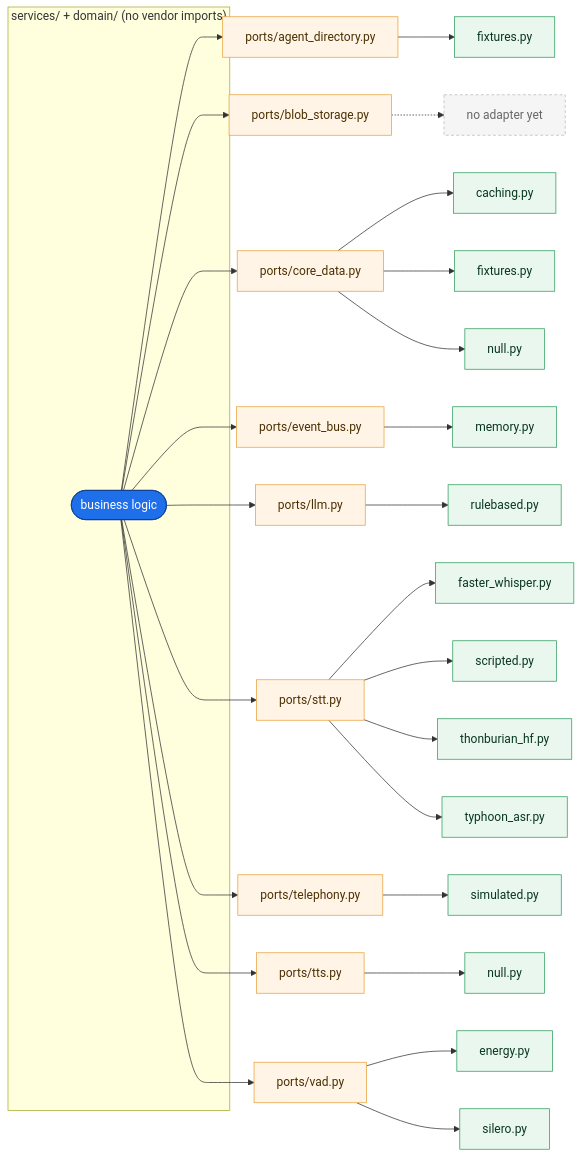
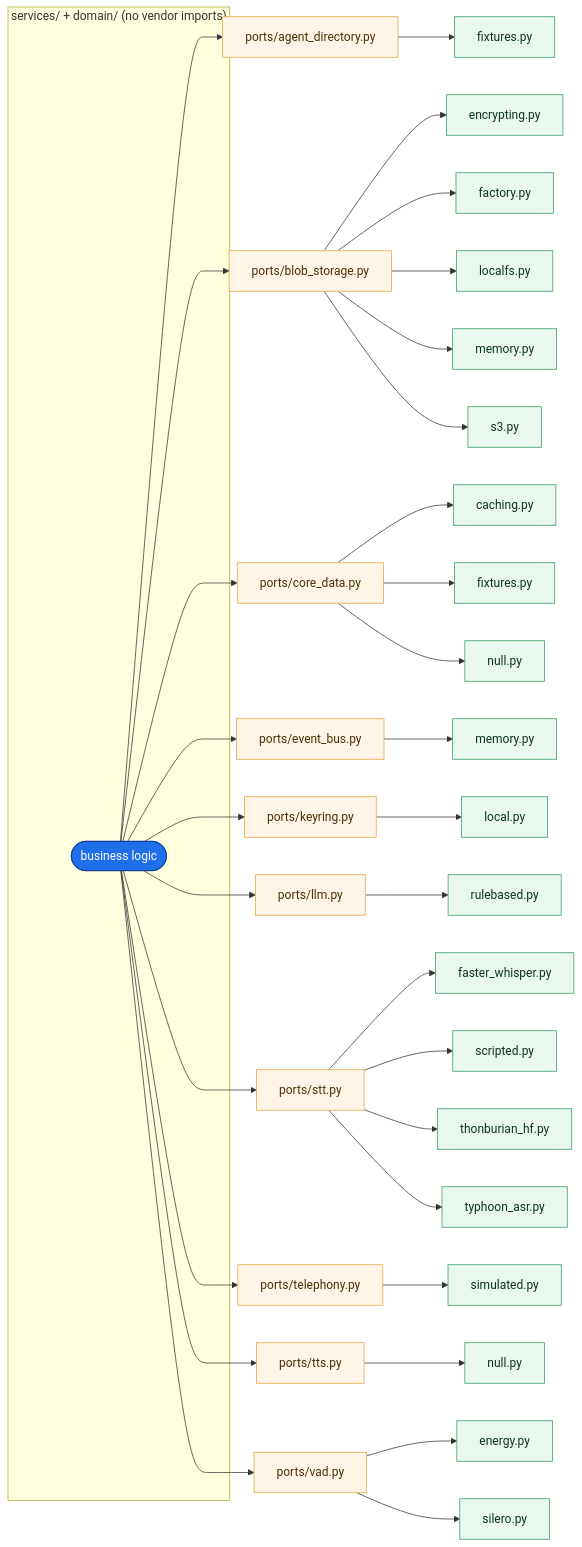
The diagram in docs/diagrams/src/ports_adapters.mmd (anakom-suvonvorn/Krungsri-ReadyCall), drawn with Mermaid before and after one commit. The commit also changed 25 other files, not shown here.

Commit message:
storage: encrypted blob storage behind the port - a key ring, a wrapper, and three backends

```diff
--- a/docs/diagrams/src/ports_adapters.mmd
+++ b/docs/diagrams/src/ports_adapters.mmd
@@ -1,34 +1,40 @@
 %% GENERATED by scripts/gen_diagrams.py - do not edit by hand.
 %% Source of truth: src/readycall/ports/ + adapters/ on disk
 flowchart LR
     subgraph core["services/ + domain/ (no vendor imports)"]
         logic([business logic]):::core
     end
     logic --> P_agent_directory["ports/agent_directory.py"]:::port
     P_agent_directory --> A_agent_directory_fixtures["fixtures.py"]:::adapter
     logic --> P_blob_storage["ports/blob_storage.py"]:::port
-    P_blob_storage -.-> A_blob_storage_none["no adapter yet"]:::todo
+    P_blob_storage --> A_blob_storage_encrypting["encrypting.py"]:::adapter
+    P_blob_storage --> A_blob_storage_factory["factory.py"]:::adapter
+    P_blob_storage --> A_blob_storage_localfs["localfs.py"]:::adapter
+    P_blob_storage --> A_blob_storage_memory["memory.py"]:::adapter
+    P_blob_storage --> A_blob_storage_s3["s3.py"]:::adapter
     logic --> P_core_data["ports/core_data.py"]:::port
     P_core_data --> A_core_data_caching["caching.py"]:::adapter
     P_core_data --> A_core_data_fixtures["fixtures.py"]:::adapter
     P_core_data --> A_core_data_null["null.py"]:::adapter
     logic --> P_event_bus["ports/event_bus.py"]:::port
     P_event_bus --> A_event_bus_memory["memory.py"]:::adapter
+    logic --> P_keyring["ports/keyring.py"]:::port
+    P_keyring --> A_keyring_local["local.py"]:::adapter
     logic --> P_llm["ports/llm.py"]:::port
     P_llm --> A_llm_rulebased["rulebased.py"]:::adapter
     logic --> P_stt["ports/stt.py"]:::port
     P_stt --> A_stt_faster_whisper["faster_whisper.py"]:::adapter
     P_stt --> A_stt_scripted["scripted.py"]:::adapter
     P_stt --> A_stt_thonburian_hf["thonburian_hf.py"]:::adapter
     P_stt --> A_stt_typhoon_asr["typhoon_asr.py"]:::adapter
     logic --> P_telephony["ports/telephony.py"]:::port
     P_telephony --> A_telephony_simulated["simulated.py"]:::adapter
     logic --> P_tts["ports/tts.py"]:::port
     P_tts --> A_tts_null["null.py"]:::adapter
     logic --> P_vad["ports/vad.py"]:::port
     P_vad --> A_vad_energy["energy.py"]:::adapter
     P_vad --> A_vad_silero["silero.py"]:::adapter
     classDef core fill:#1f6feb,stroke:#0b3d91,color:#fff
     classDef port fill:#fff4e6,stroke:#e8a33d,color:#4a2f00
     classDef adapter fill:#e9f7ef,stroke:#2f9e5f,color:#08361d
     classDef todo fill:#f5f5f5,stroke:#bbb,color:#666,stroke-dasharray:4 3
```
